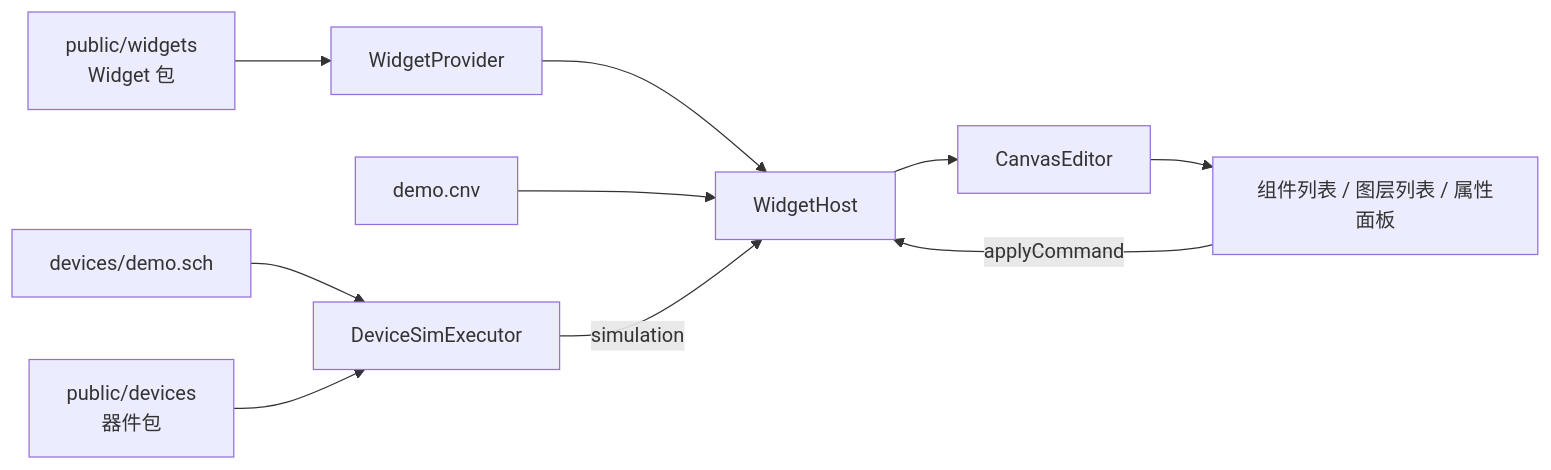
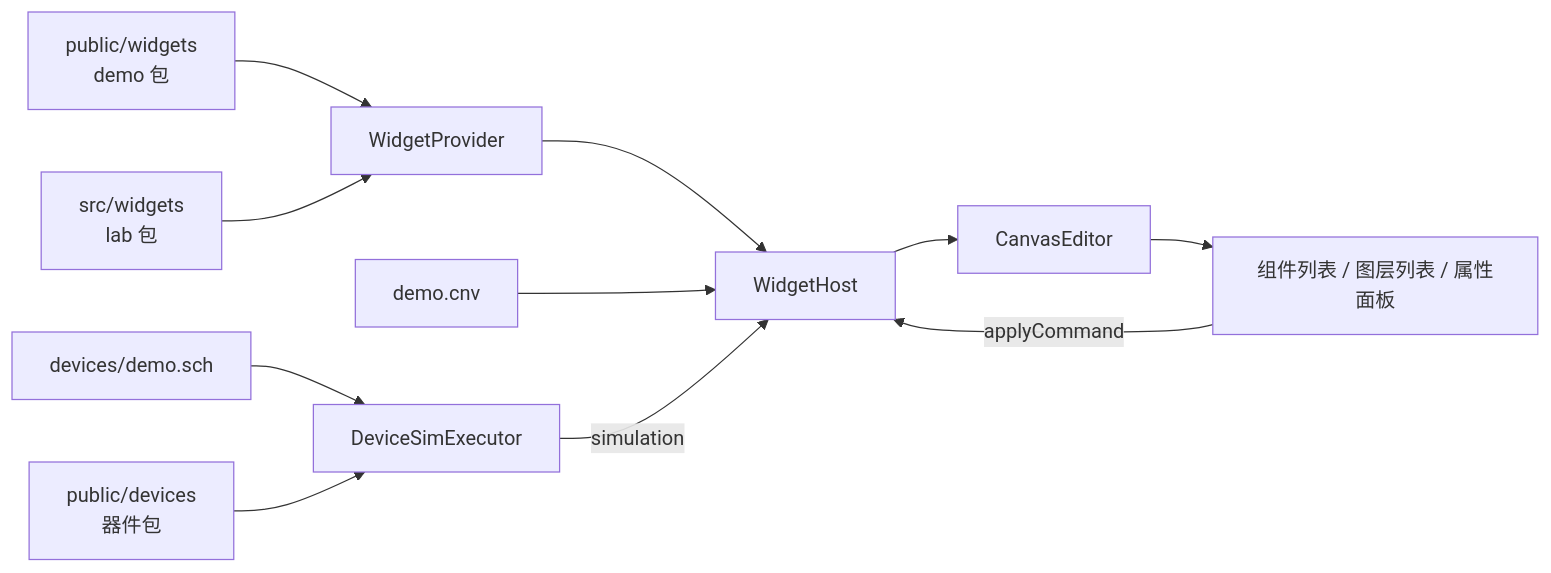
One commit to x-botlab/mica-js changed the diagram in apps/playground/README.md. Above: the diagram before and after it, drawn with Mermaid. The commit also changed other lines of this file and 191 other files, not shown here.

````diff
--- a/apps/playground/README.md
+++ b/apps/playground/README.md
@@ -49,12 +49,13 @@
 ```mermaid
 flowchart LR
-  pkg["public/widgets<br/>Widget 包"] --> provider["WidgetProvider"]
+  pkg["public/widgets<br/>demo 包"] --> provider["WidgetProvider"]
+  lab["src/widgets<br/>lab 包"] --> provider
   provider --> host["WidgetHost"]
   cnv["demo.cnv"] --> host
   sch["devices/demo.sch"] --> sim["DeviceSimExecutor"]
   dev["public/devices<br/>器件包"] --> sim
   host --> scene["CanvasEditor"]
   sim -->|"simulation"| host
   scene --> ui["组件列表 / 图层列表 / 属性面板"]
   ui -->|"applyCommand"| host
 ```
````
